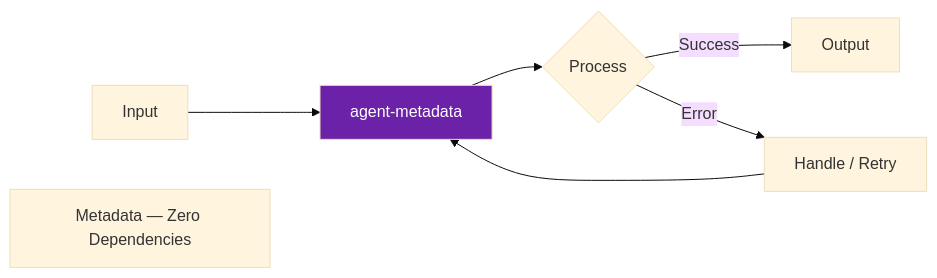
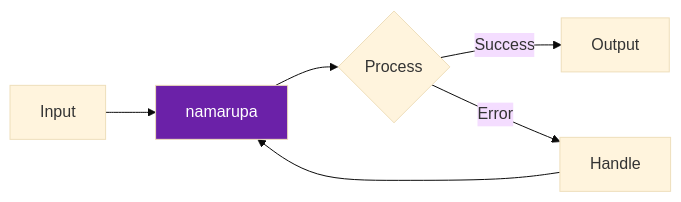
The diagram in README.md (darshjme/agent-metadata), drawn with Mermaid (base theme) before and after one commit. The commit also changed other lines of this file and 1 other file, not shown here.

First line of the commit message:
feat(vedic-v3): rename to namarupa (नाम-रूप)

````diff
--- a/README.md
+++ b/README.md
@@ -48,10 +39,9 @@
 ```mermaid
 flowchart LR
-    A[Input] --> B[agent-metadata]
+    A[Input] --> B[namarupa]
     B --> C{Process}
     C -- Success --> D[Output]
-    C -- Error --> E[Handle / Retry]
+    C -- Error --> E[Handle]
     E --> B
     style B fill:#6b21a8,color:#fff
-    note["Metadata — Zero Dependencies"]
 ```
````
